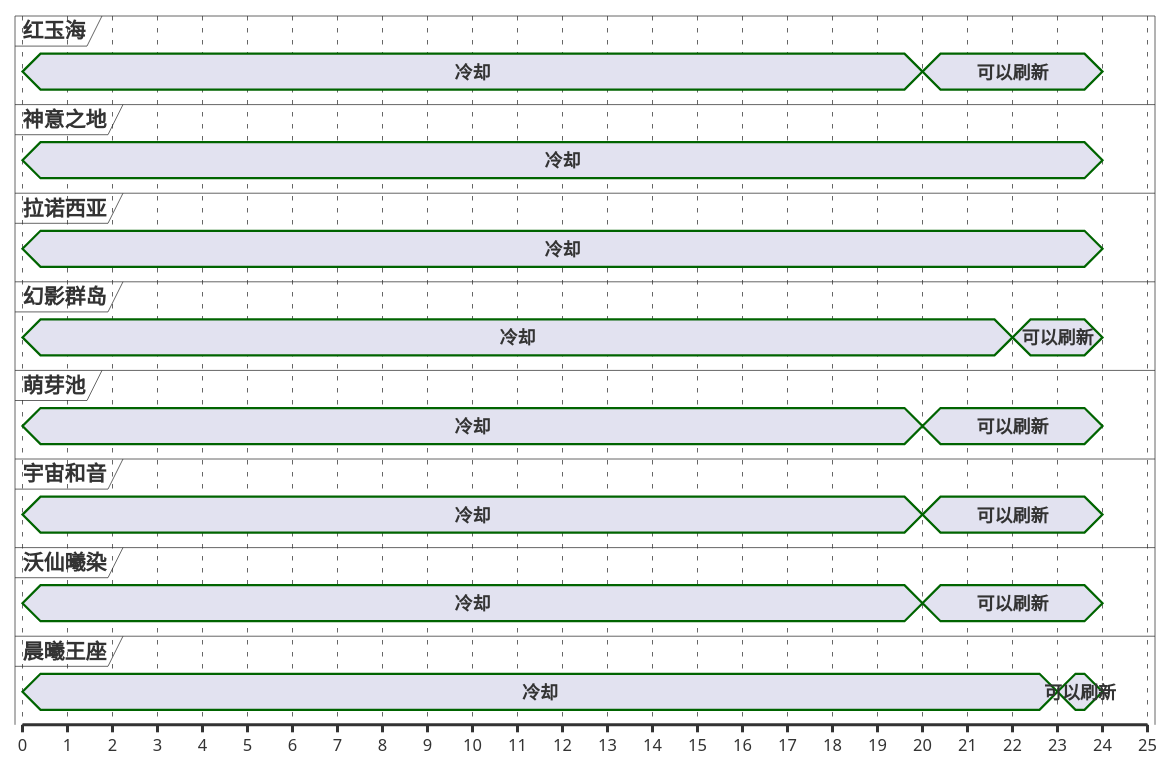
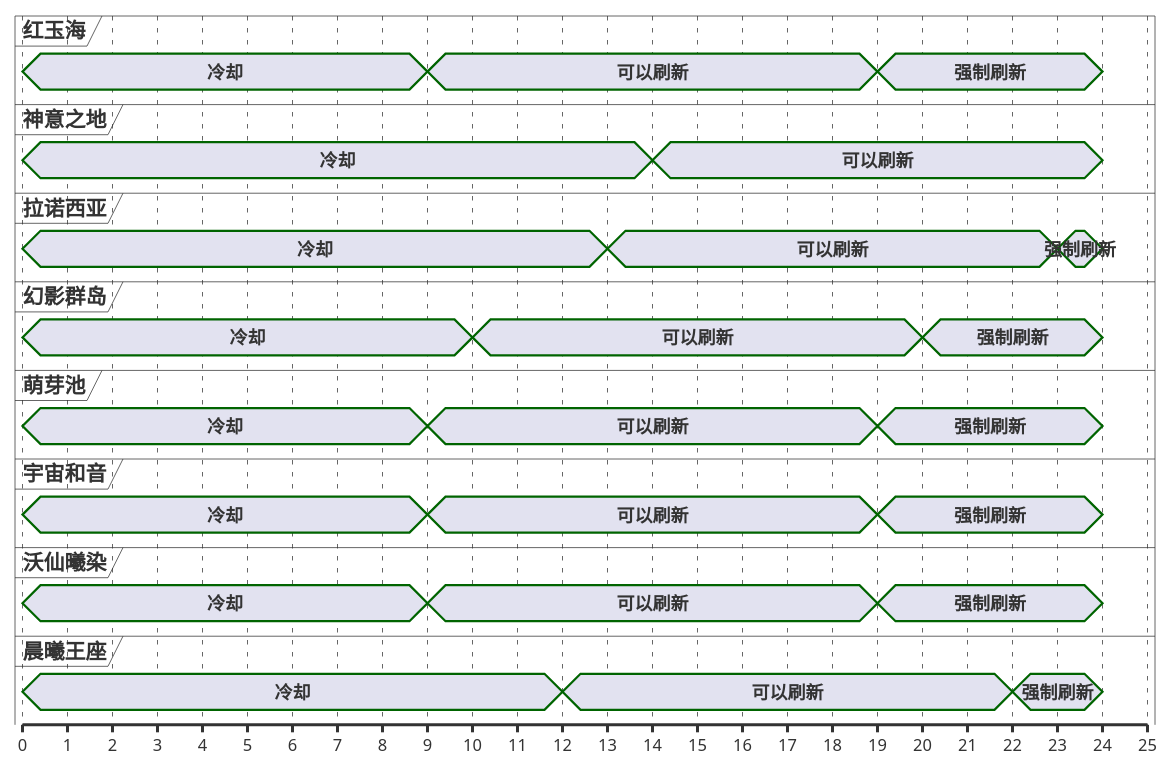
One commit to Eroleice/doc-pi changed the first of 13 diagrams in ffxiv/hunt/2.0/Croque-mitaine.md. Above: the diagram before and after it, drawn with PlantUML. The commit also changed other lines of this file and 38 other files, not shown here.

````diff
--- a/ffxiv/hunt/2.0/Croque-mitaine.md
+++ b/ffxiv/hunt/2.0/Croque-mitaine.md
@@ -33,53 +33,62 @@
 ```plantuml
 @startuml
 scale 1 as 30 pixels
 
 concise 红玉海
 concise 神意之地
 concise 拉诺西亚
 concise 幻影群岛
 concise 萌芽池
 concise 宇宙和音
 concise 沃仙曦染
 concise 晨曦王座
 
 @萌芽池
 0 is 冷却
-20 is 可以刷新
+9 is 可以刷新
+19 is 强制刷新
 24 is {hidden}
 
 @宇宙和音
 0 is 冷却
-20 is 可以刷新
+9 is 可以刷新
+19 is 强制刷新
 24 is {hidden}
 
 @红玉海
 0 is 冷却
-20 is 可以刷新
+9 is 可以刷新
+19 is 强制刷新
 24 is {hidden}
 
 @沃仙曦染
 0 is 冷却
-20 is 可以刷新
+9 is 可以刷新
+19 is 强制刷新
 24 is {hidden}
 
 @幻影群岛
 0 is 冷却
-22 is 可以刷新
+10 is 可以刷新
+20 is 强制刷新
 24 is {hidden}
 
 @晨曦王座
 0 is 冷却
-23 is 可以刷新
+12 is 可以刷新
+22 is 强制刷新
 24 is {hidden}
 
 @拉诺西亚
 0 is 冷却
+13 is 可以刷新
+23 is 强制刷新
 24 is {hidden}
 
 @神意之地
 0 is 冷却
+14 is 可以刷新
 24 is {hidden}
 
 @enduml
 ```
````
